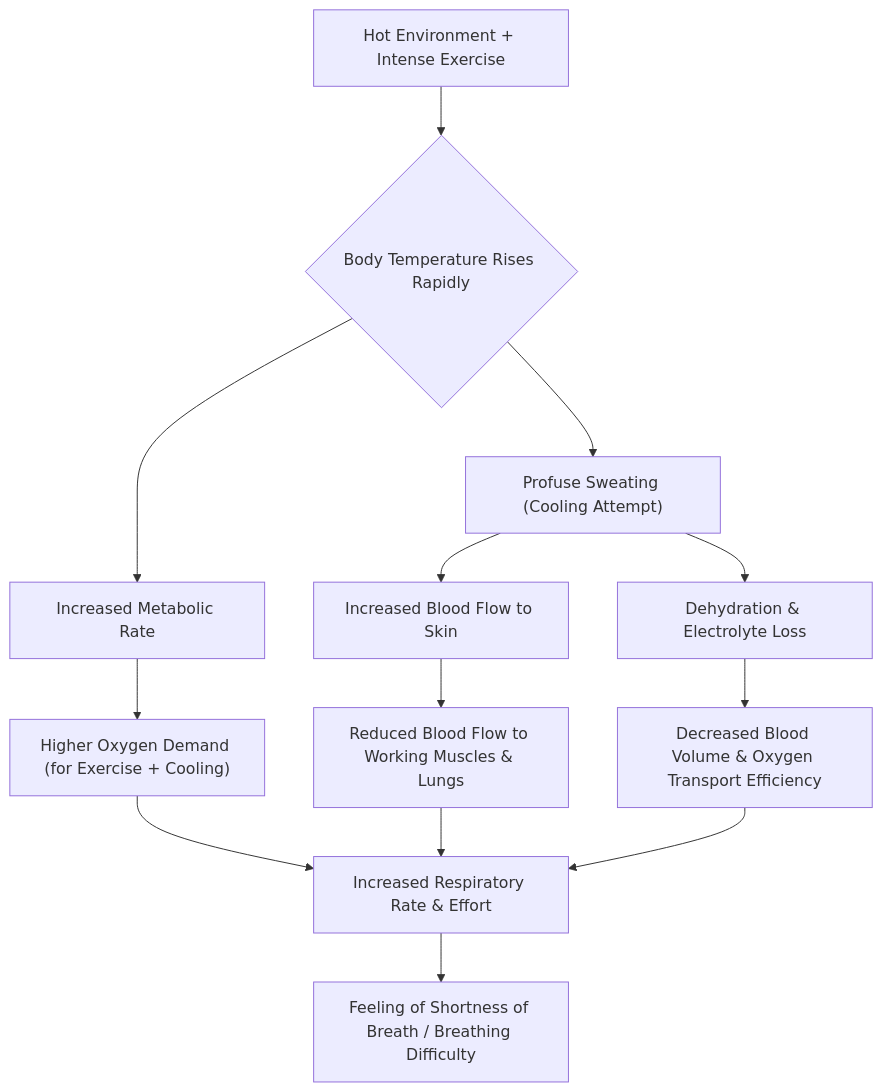
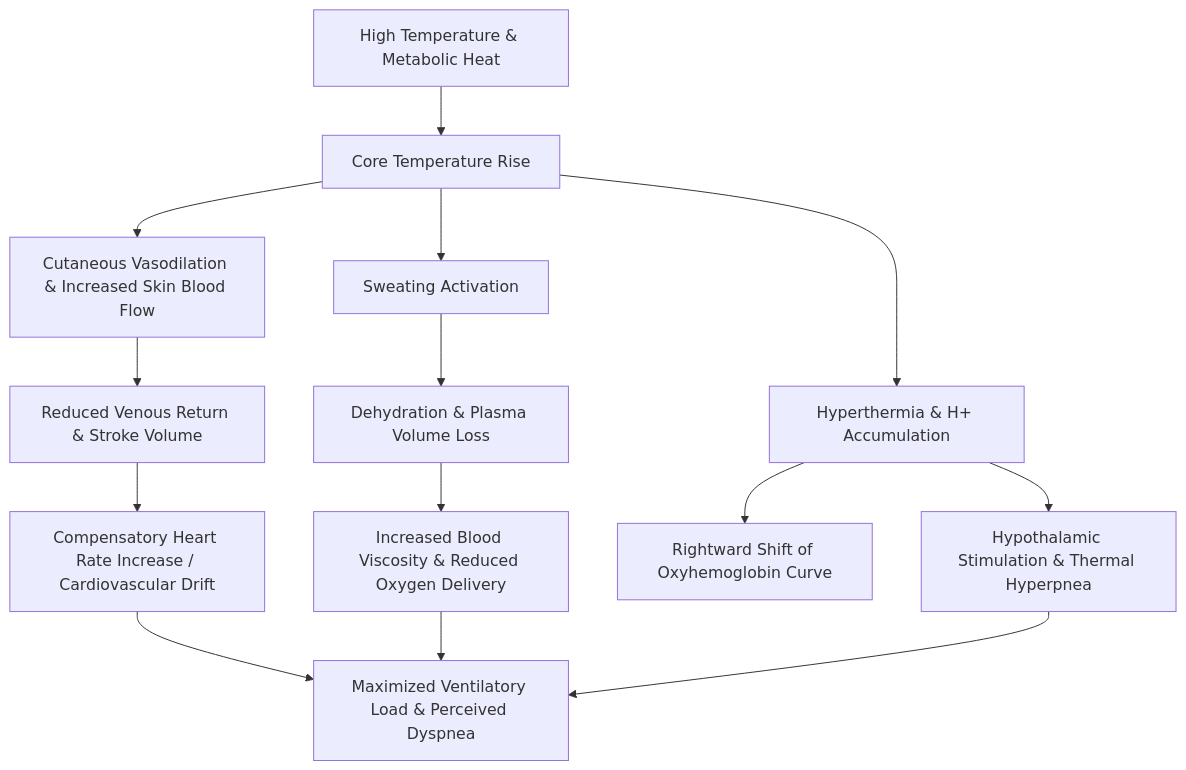
Before and after one commit to ethanpark0726/blog_automation: the diagram in _posts/en/2026-07-10-gasping-in-the-gym-why-hot-crossfit-workouts-steal.md, drawn with Mermaid. The commit also changed other lines of this file and 2 other files, not shown here.

````diff
--- a/_posts/en/2026-07-10-gasping-in-the-gym-why-hot-crossfit-workouts-steal.md
+++ b/_posts/en/2026-07-10-gasping-in-the-gym-why-hot-crossfit-workouts-steal.md
@@ -60,13 +60,17 @@
 ```mermaid
 graph TD
-    A[Hot Environment + Intense Exercise] --> B{Body Temperature Rises Rapidly}
-    B --> C[Increased Metabolic Rate]
-    B --> D["Profuse Sweating (Cooling Attempt)"]
-    C --> E["Higher Oxygen Demand (for Exercise + Cooling)"]
-    D --> F[Dehydration & Electrolyte Loss]
-    D --> G[Increased Blood Flow to Skin]
-    G --> H[Reduced Blood Flow to Working Muscles & Lungs]
-    F --> I[Decreased Blood Volume & Oxygen Transport Efficiency]
-    E & H & I --> J[Increased Respiratory Rate & Effort]
-    J --> K[Feeling of Shortness of Breath / Breathing Difficulty]
+    A[High Temperature & Metabolic Heat] --> B[Core Temperature Rise]
+    B --> C[Cutaneous Vasodilation & Increased Skin Blood Flow]
+    C --> D[Reduced Venous Return & Stroke Volume]
+    D --> E[Compensatory Heart Rate Increase / Cardiovascular Drift]
+
+    B --> F[Sweating Activation]
+    F --> G[Dehydration & Plasma Volume Loss]
+    G --> H[Increased Blood Viscosity & Reduced Oxygen Delivery]
+
+    B --> I[Hyperthermia & H+ Accumulation]
+    I --> J[Rightward Shift of Oxyhemoglobin Curve]
+    I --> K[Hypothalamic Stimulation & Thermal Hyperpnea]
+
+    E & H & K --> L[Maximized Ventilatory Load & Perceived Dyspnea]
 ```
````
